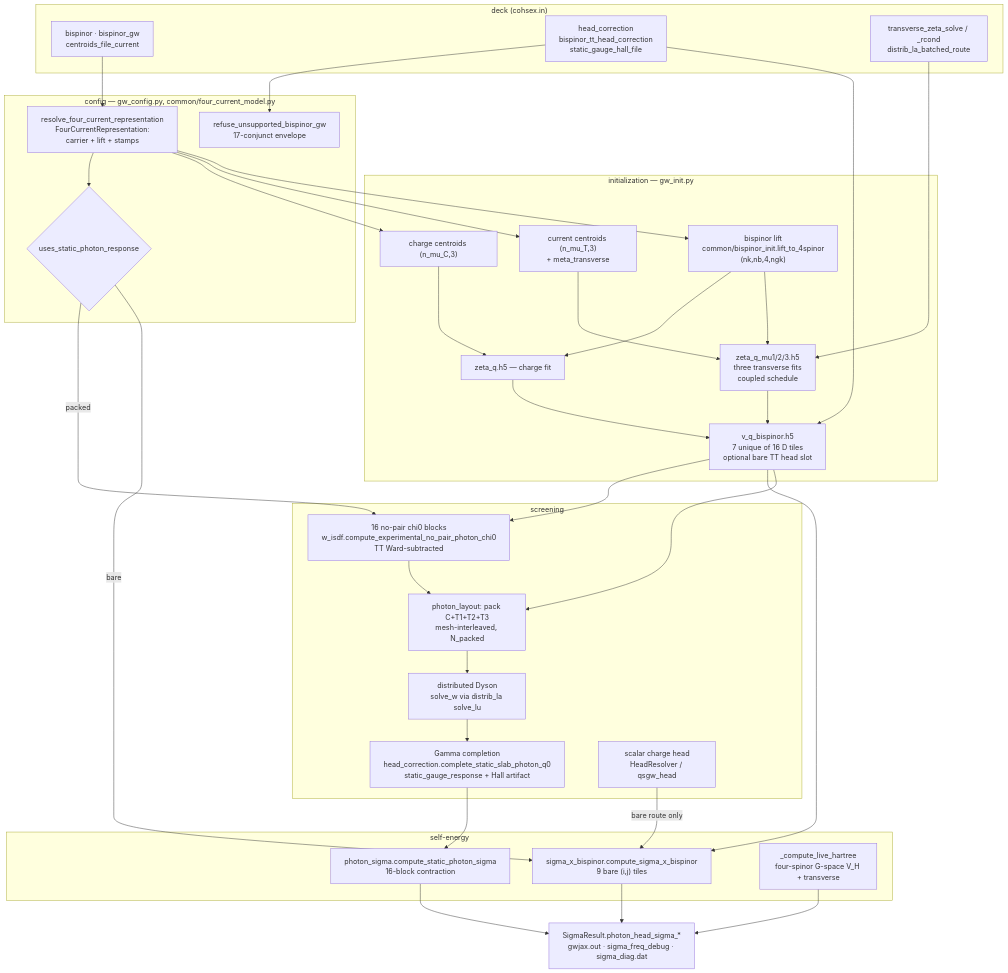
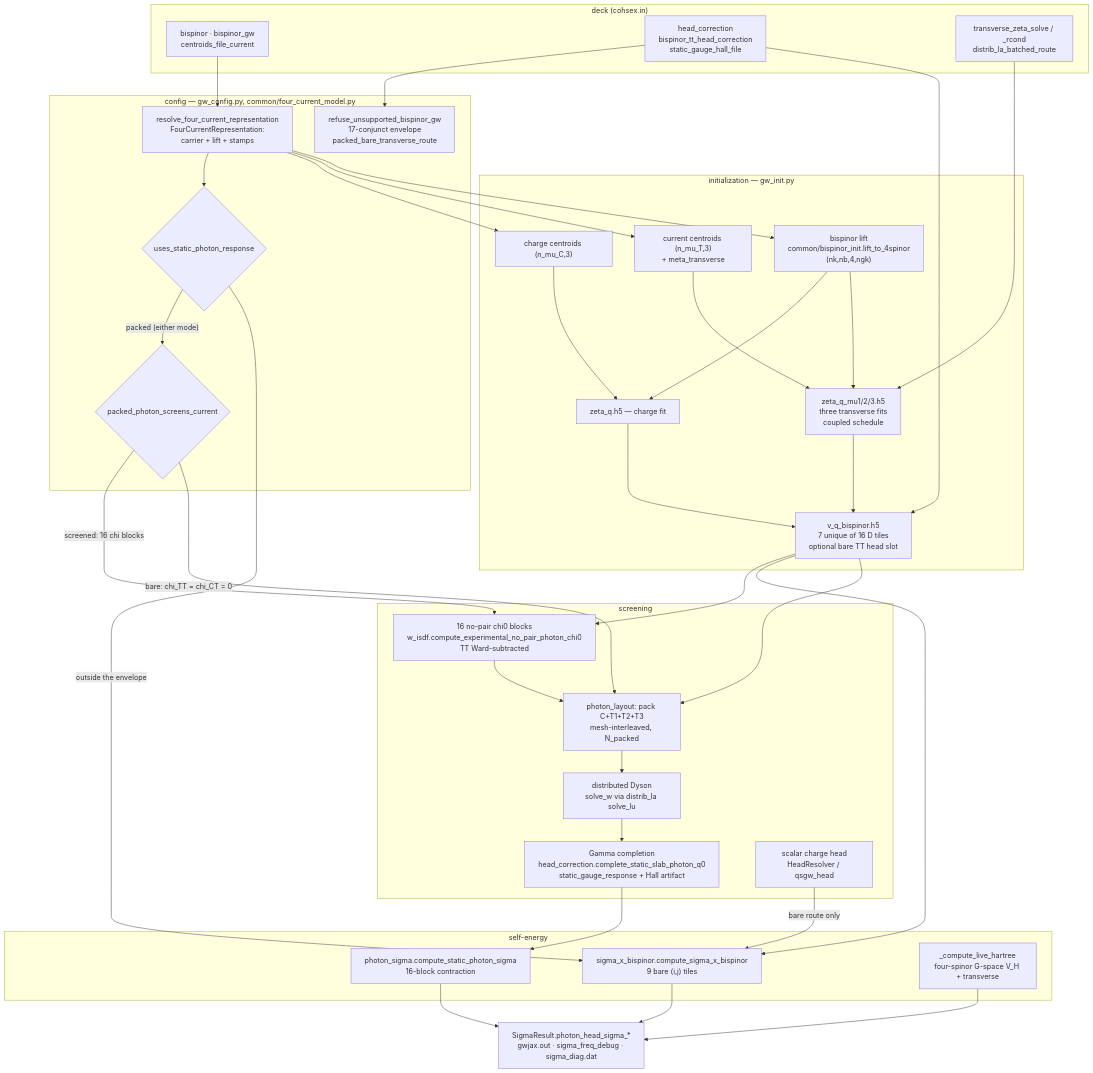
One commit to jackmcarthur/lorrax changed the diagram in docs/architecture/four_current_wiring.md. Above: the diagram before and after it, drawn with Mermaid. The commit also changed other lines of this file and 3 other files, not shown here.

````diff
--- a/docs/architecture/four_current_wiring.md
+++ b/docs/architecture/four_current_wiring.md
@@ -53,67 +90,70 @@
 ```mermaid
 flowchart TD
   subgraph DECK["deck (cohsex.in)"]
     K1["bispinor · bispinor_gw<br/>centroids_file_current"]
     K2["head_correction<br/>bispinor_tt_head_correction<br/>static_gauge_hall_file"]
     K3["transverse_zeta_solve / _rcond<br/>distrib_la_batched_route"]
   end
 
   subgraph CFG["config — gw_config.py, common/four_current_model.py"]
     R["resolve_four_current_representation<br/>FourCurrentRepresentation:<br/>carrier + lift + stamps"]
     F{"uses_static_photon_response"}
-    E["refuse_unsupported_bispinor_gw<br/>17-conjunct envelope"]
+    S{"packed_photon_screens_current"}
+    E["refuse_unsupported_bispinor_gw<br/>17-conjunct envelope<br/>packed_bare_transverse_route"]
   end
 
   subgraph INIT["initialization — gw_init.py"]
     C1["charge centroids (n_mu_C,3)"]
     C2["current centroids (n_mu_T,3)<br/>+ meta_transverse"]
     L["bispinor lift<br/>common/bispinor_init.lift_to_4spinor<br/>(nk,nb,4,ngk)"]
     Z0["zeta_q.h5 — charge fit"]
     ZT["zeta_q_mu1/2/3.h5<br/>three transverse fits<br/>coupled schedule"]
     VQ["v_q_bispinor.h5<br/>7 unique of 16 D tiles<br/>optional bare TT head slot"]
   end
 
   subgraph SCR["screening"]
     CHI["16 no-pair chi0 blocks<br/>w_isdf.compute_experimental_no_pair_photon_chi0<br/>TT Ward-subtracted"]
     PK["photon_layout: pack C+T1+T2+T3<br/>mesh-interleaved, N_packed"]
     DY["distributed Dyson<br/>solve_w via distrib_la solve_lu"]
     HD["Gamma completion<br/>head_correction.complete_static_slab_photon_q0<br/>static_gauge_response + Hall artifact"]
     SW["scalar charge head<br/>HeadResolver / qsgw_head"]
   end
 
   subgraph SIG["self-energy"]
     PS["photon_sigma.compute_static_photon_sigma<br/>16-block contraction"]
     SB["sigma_x_bispinor.compute_sigma_x_bispinor<br/>9 bare (i,j) tiles"]
     HT["_compute_live_hartree<br/>four-spinor G-space V_H + transverse"]
   end
 
   OUT["SigmaResult.photon_head_sigma_*<br/>gwjax.out · sigma_freq_debug · sigma_diag.dat"]
 
   K1 --> R
   R --> F
   K2 --> E
   K3 --> ZT
-  F -->|packed| CHI
-  F -->|bare| SB
+  F -->|"packed (either mode)"| S
+  F -->|"outside the envelope"| SB
+  S -->|"screened: 16 chi blocks"| CHI
+  S -->|"bare: chi_TT = chi_CT = 0"| PK
   R --> C1
   R --> C2
   R --> L
   C1 --> Z0
   C2 --> ZT
   L --> Z0
   L --> ZT
   Z0 --> VQ
   ZT --> VQ
   K2 --> VQ
   VQ --> CHI
   VQ --> SB
   VQ --> PK
   CHI --> PK
   PK --> DY
   DY --> HD
   HD --> PS
   SW -->|bare route only| SB
   PS --> OUT
   SB --> OUT
   HT --> OUT
 ```
````
